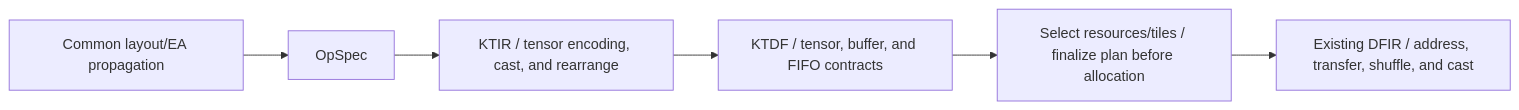
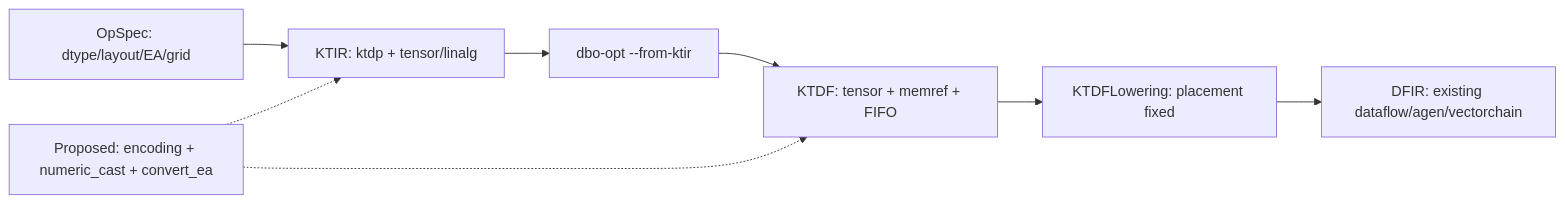
Before and after one commit to kiszk/triton: the diagram in docs/element-arrangement/element-arrangement-study.md, drawn with Mermaid. The commit also changed other lines of this file and 1 other file, not shown here.

Commit message:
update with numeric cast at ktdf

````diff
--- a/docs/element-arrangement/element-arrangement-study.md
+++ b/docs/element-arrangement/element-arrangement-study.md
@@ -347,8 +322,10 @@
 ```mermaid
 flowchart LR
-  A[Common layout/EA propagation] --> B[OpSpec]
-  B --> C[KTIR / tensor encoding, cast, and rearrange]
-  C --> D[KTDF / tensor, buffer, and FIFO contracts]
-  D --> E[Select resources/tiles / finalize plan before allocation]
-  E --> F[Existing DFIR / address, transfer, shuffle, and cast]
+  O[OpSpec: dtype/layout/EA/grid] --> K[KTIR: ktdp + tensor/linalg]
+  K --> S[dbo-opt --from-ktir]
+  S --> T[KTDF: tensor + memref + FIFO]
+  T --> L[KTDFLowering: placement fixed]
+  L --> D[DFIR: existing dataflow/agen/vectorchain]
+  P[Proposed: encoding + numeric_cast + convert_ea] -.-> K
+  P -.-> T
 ```
````
